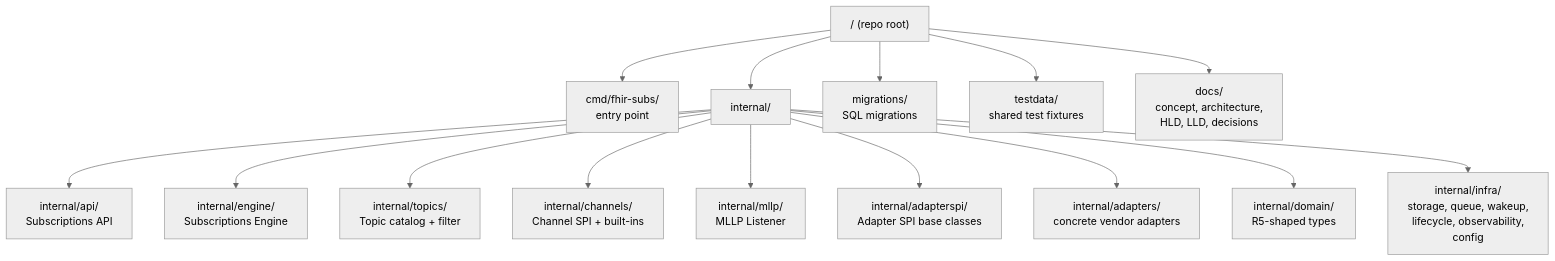
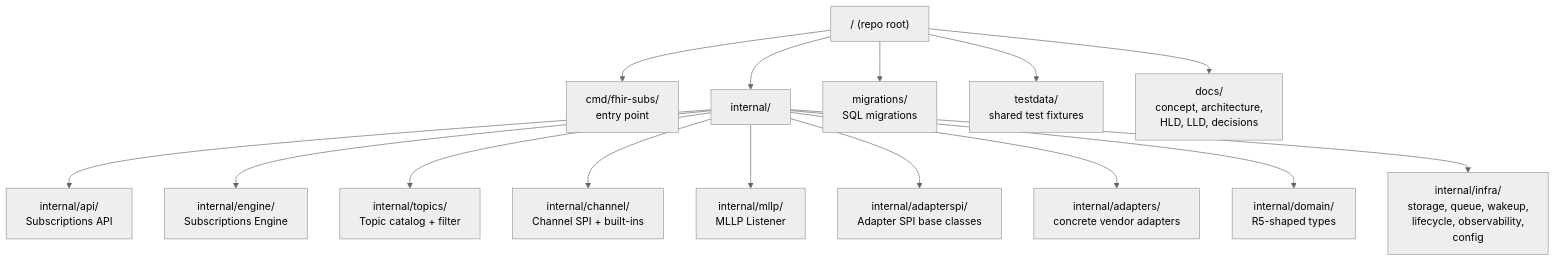
Before and after one commit to bzimbelman/fhir-ehr-subscriptions-service: the diagram in docs/repository-layout.md, drawn with Mermaid (neutral theme). The commit also changed other lines of this file, not shown here.

First line of the commit message:
docs(repository-layout): align channel package path to internal/channel/ (singular)

````diff
--- a/docs/repository-layout.md
+++ b/docs/repository-layout.md
@@ -9,33 +9,33 @@
 ```mermaid
 flowchart TB
     repo["/ (repo root)"]
     cmd["cmd/fhir-subs/<br/>entry point"]
     internal["internal/"]
     api["internal/api/<br/>Subscriptions API"]
     engine["internal/engine/<br/>Subscriptions Engine"]
     topics["internal/topics/<br/>Topic catalog + filter"]
-    channels["internal/channels/<br/>Channel SPI + built-ins"]
+    channels["internal/channel/<br/>Channel SPI + built-ins"]
     mllp["internal/mllp/<br/>MLLP Listener"]
     adapterspi["internal/adapterspi/<br/>Adapter SPI base classes"]
     adapters["internal/adapters/<br/>concrete vendor adapters"]
     domain["internal/domain/<br/>R5-shaped types"]
     infra["internal/infra/<br/>storage, queue, wakeup,<br/>lifecycle, observability,<br/>config"]
     migrations["migrations/<br/>SQL migrations"]
     testdata["testdata/<br/>shared test fixtures"]
     docs_dir["docs/<br/>concept, architecture,<br/>HLD, LLD, decisions"]
 
     repo --> cmd
     repo --> internal
     repo --> migrations
     repo --> testdata
     repo --> docs_dir
     internal --> api
     internal --> engine
     internal --> topics
     internal --> channels
     internal --> mllp
     internal --> adapterspi
     internal --> adapters
     internal --> domain
     internal --> infra
 ```
````
